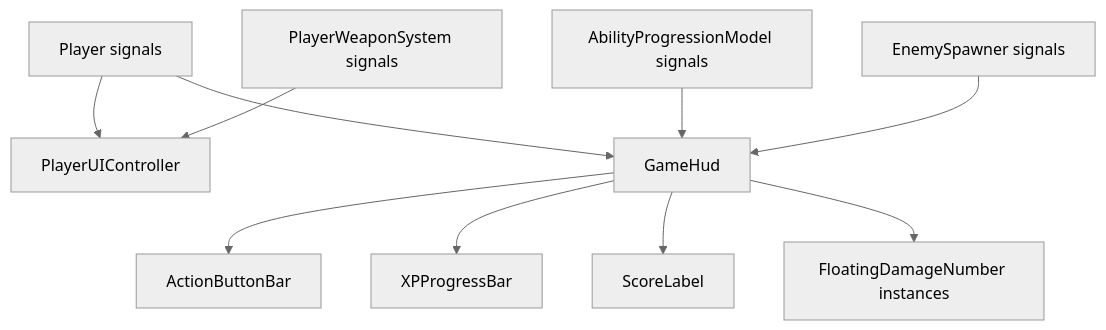
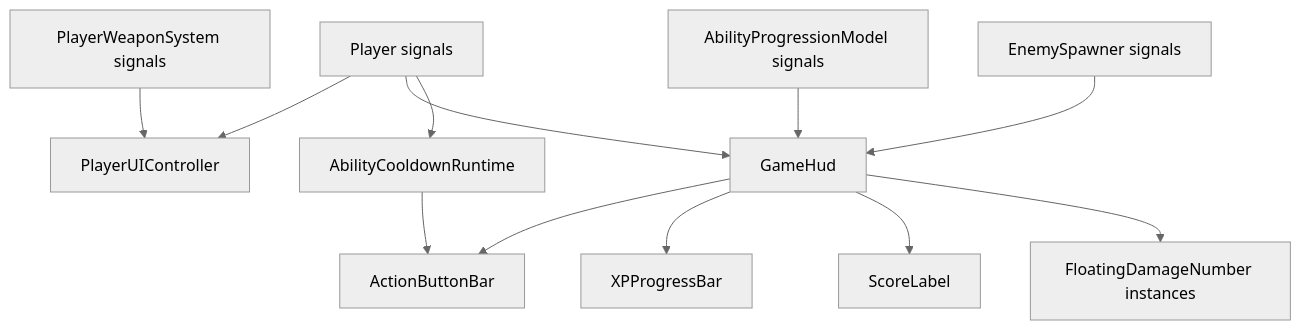
Before and after one commit to mp1707/godot-survivors-game: the ninth of 9 diagrams in ARCHITECTURE.md, drawn with Mermaid (neutral theme). The commit also changed other lines of this file and 20 other files, not shown here.

Commit message:
feat: implement ability cooldown system with runtime tracking and UI overlays

````diff
--- a/ARCHITECTURE.md
+++ b/ARCHITECTURE.md
@@ -271,14 +292,16 @@
 ```mermaid
 flowchart TB
     Player["Player signals"] --> PUI["PlayerUIController"]
     Weapon["PlayerWeaponSystem signals"] --> PUI
 
     Player --> Hud["GameHud"]
+    Player --> Cooldowns["AbilityCooldownRuntime"]
     Progression["AbilityProgressionModel signals"] --> Hud
     Spawner["EnemySpawner signals"] --> Hud
 
     Hud --> ActionBar["ActionButtonBar"]
+    Cooldowns --> ActionBar
     Hud --> XPBar["XPProgressBar"]
     Hud --> Score["ScoreLabel"]
     Hud --> Damage["FloatingDamageNumber instances"]
 ```
````
